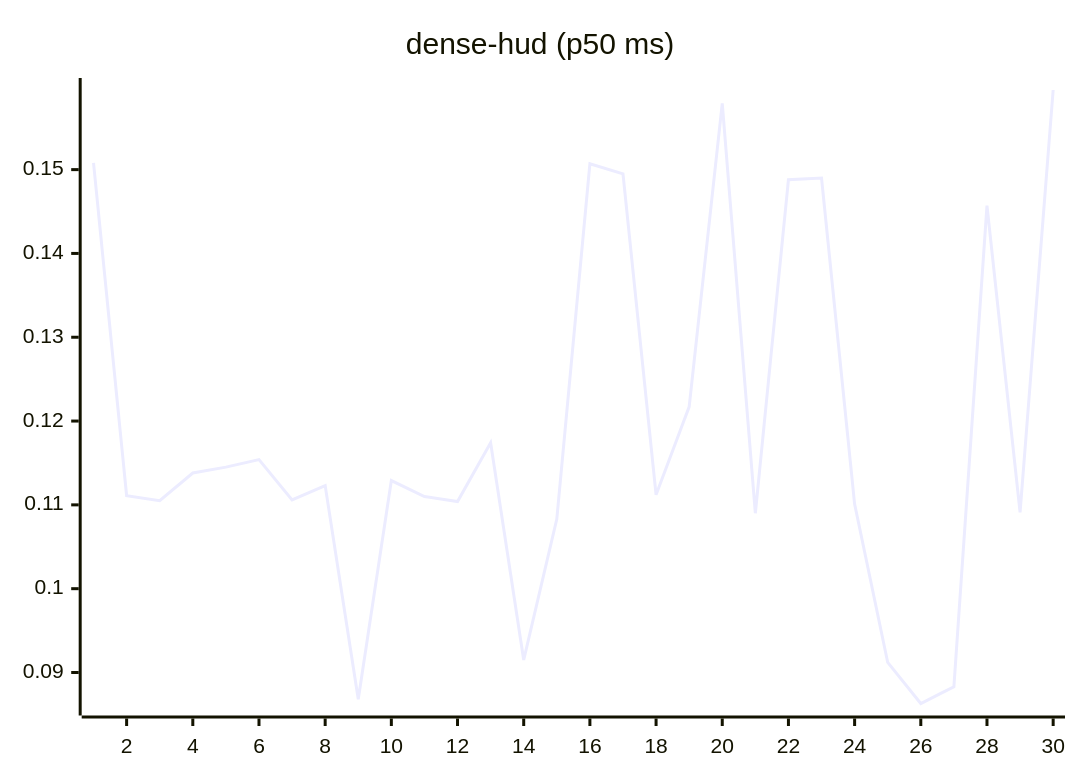
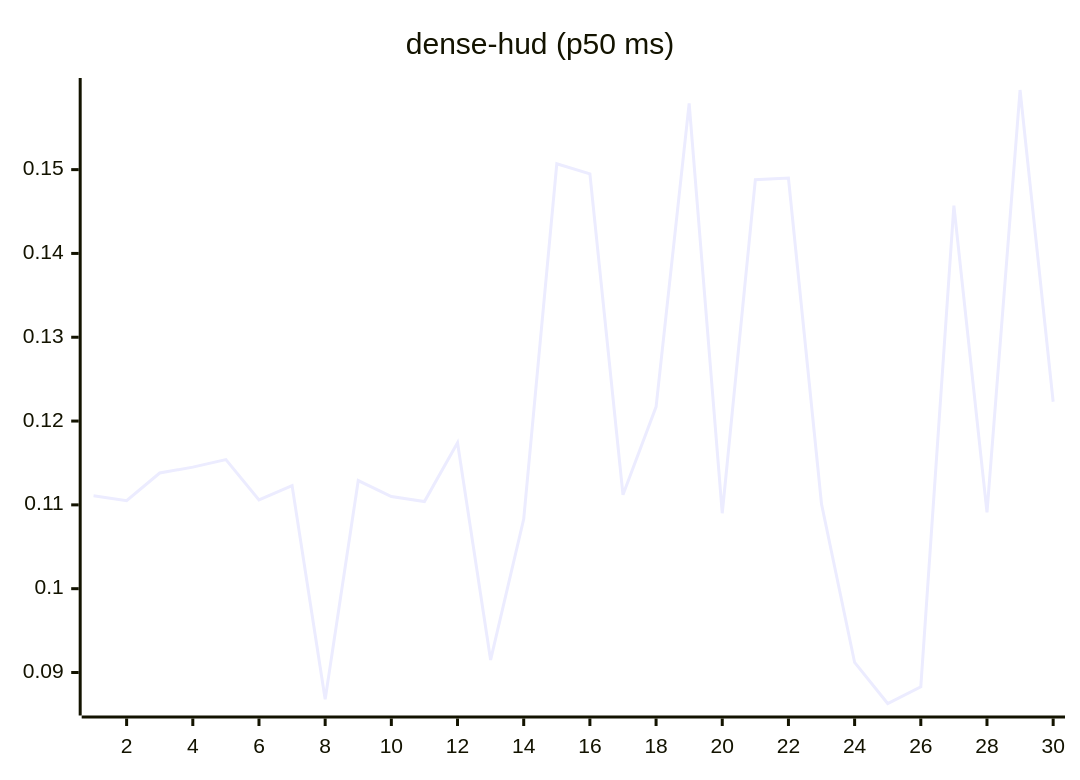
The eighth of 27 diagrams in README.md (josha/Facet), drawn with Mermaid before and after one commit. The commit also changed other lines of this file and 2 other files, not shown here.

````diff
--- a/README.md
+++ b/README.md
@@ -112,6 +112,6 @@
 ```mermaid
 xychart-beta
     title "dense-hud (p50 ms)"
     x-axis 1 --> 30
-    line [0.1508, 0.1111, 0.1105, 0.1138, 0.1145, 0.1154, 0.1106, 0.1123, 0.0868, 0.1129, 0.1110, 0.1104, 0.1174, 0.0915, 0.1083, 0.1507, 0.1495, 0.1112, 0.1217, 0.1579, 0.1090, 0.1488, 0.1490, 0.1101, 0.0912, 0.0863, 0.0883, 0.1457, 0.1091, 0.1595]
+    line [0.1111, 0.1105, 0.1138, 0.1145, 0.1154, 0.1106, 0.1123, 0.0868, 0.1129, 0.1110, 0.1104, 0.1174, 0.0915, 0.1083, 0.1507, 0.1495, 0.1112, 0.1217, 0.1579, 0.1090, 0.1488, 0.1490, 0.1101, 0.0912, 0.0863, 0.0883, 0.1457, 0.1091, 0.1595, 0.1223]
 ```
````
